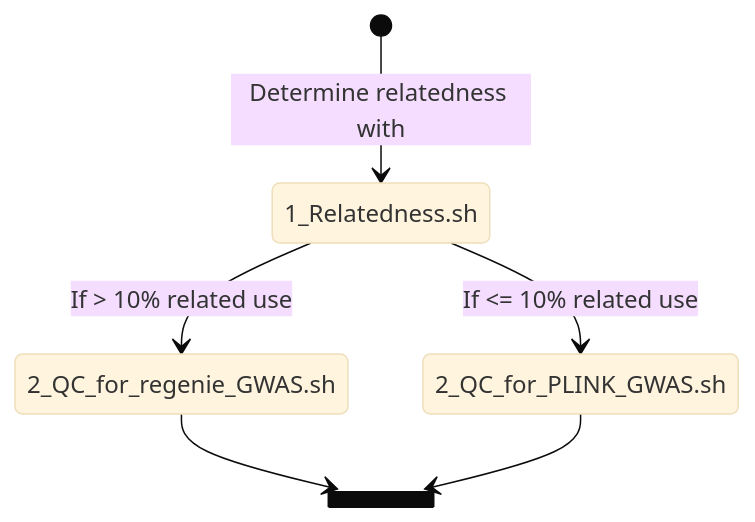
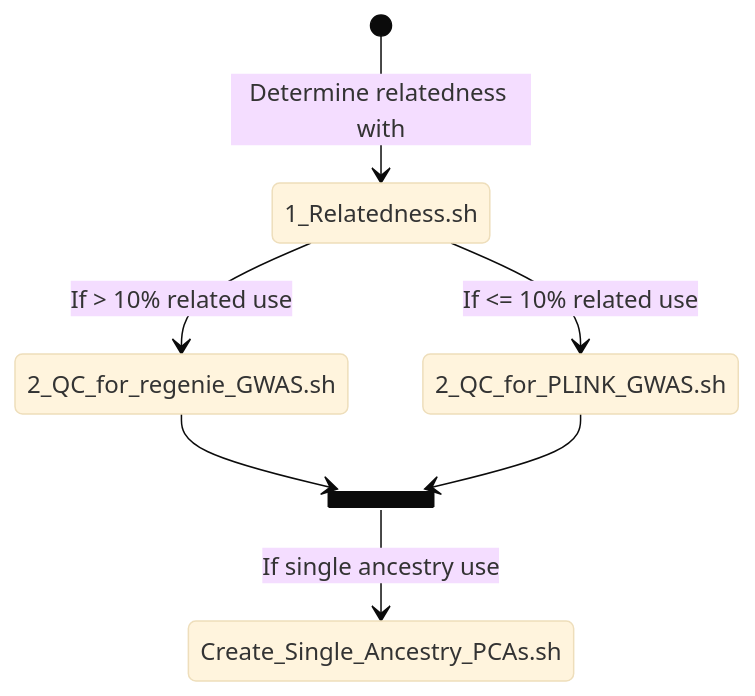
One commit to psychiatric-genomics-consortium/sex-stratified-depression changed the diagram in README.md. Above: the diagram before and after it, drawn with Mermaid (base theme).

````diff
--- a/README.md
+++ b/README.md
@@ -14,10 +14,11 @@
 ```mermaid
 stateDiagram-v2
  state anc <<join>>
  [*] --> 1_Relatedness.sh : Determine relatedness with
  1_Relatedness.sh --> 2_QC_for_regenie_GWAS.sh : If > 10% related use
  1_Relatedness.sh --> 2_QC_for_PLINK_GWAS.sh : If <= 10% related use
  2_QC_for_regenie_GWAS.sh --> anc
  2_QC_for_PLINK_GWAS.sh --> anc
+ anc --> Create_Single_Ancestry_PCAs.sh : If single ancestry use
 
 ```
````
